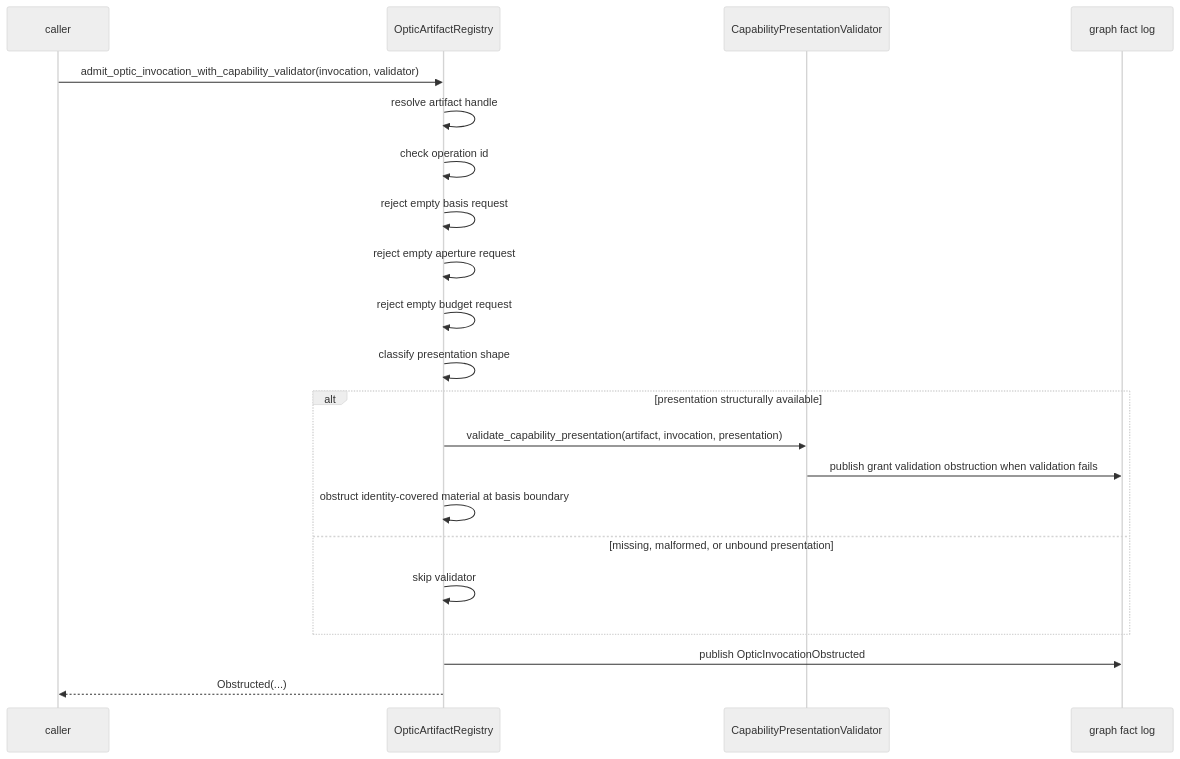
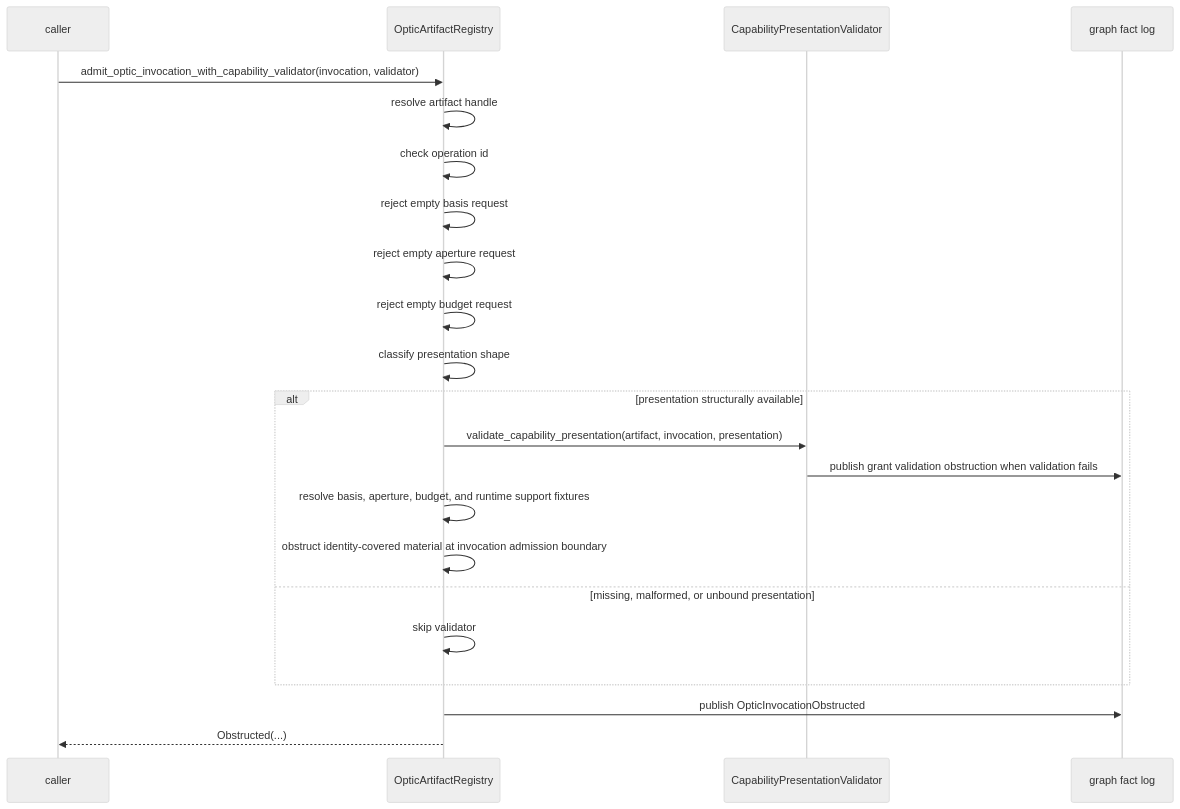
One commit to flyingrobots/echo changed the second of 4 diagrams in docs/design/budget-and-runtime-support-optic-admission.md. Above: the diagram before and after it, drawn with Mermaid (neutral theme). The commit also changed other lines of this file, not shown here.

Commit message:
docs: update budget and runtime support admission checkpoint

````diff
--- a/docs/design/budget-and-runtime-support-optic-admission.md
+++ b/docs/design/budget-and-runtime-support-optic-admission.md
@@ -112,24 +120,25 @@
 ```mermaid
 sequenceDiagram
   participant Caller as caller
   participant Registry as OpticArtifactRegistry
   participant Validator as CapabilityPresentationValidator
   participant Facts as graph fact log
 
   Caller->>Registry: admit_optic_invocation_with_capability_validator(invocation, validator)
   Registry->>Registry: resolve artifact handle
   Registry->>Registry: check operation id
   Registry->>Registry: reject empty basis request
   Registry->>Registry: reject empty aperture request
   Registry->>Registry: reject empty budget request
   Registry->>Registry: classify presentation shape
   alt presentation structurally available
     Registry->>Validator: validate_capability_presentation(artifact, invocation, presentation)
     Validator->>Facts: publish grant validation obstruction when validation fails
-    Registry->>Registry: obstruct identity-covered material at basis boundary
+    Registry->>Registry: resolve basis, aperture, budget, and runtime support fixtures
+    Registry->>Registry: obstruct identity-covered material at invocation admission boundary
   else missing, malformed, or unbound presentation
     Registry->>Registry: skip validator
   end
   Registry->>Facts: publish OpticInvocationObstructed
   Registry-->>Caller: Obstructed(...)
 ```
````
